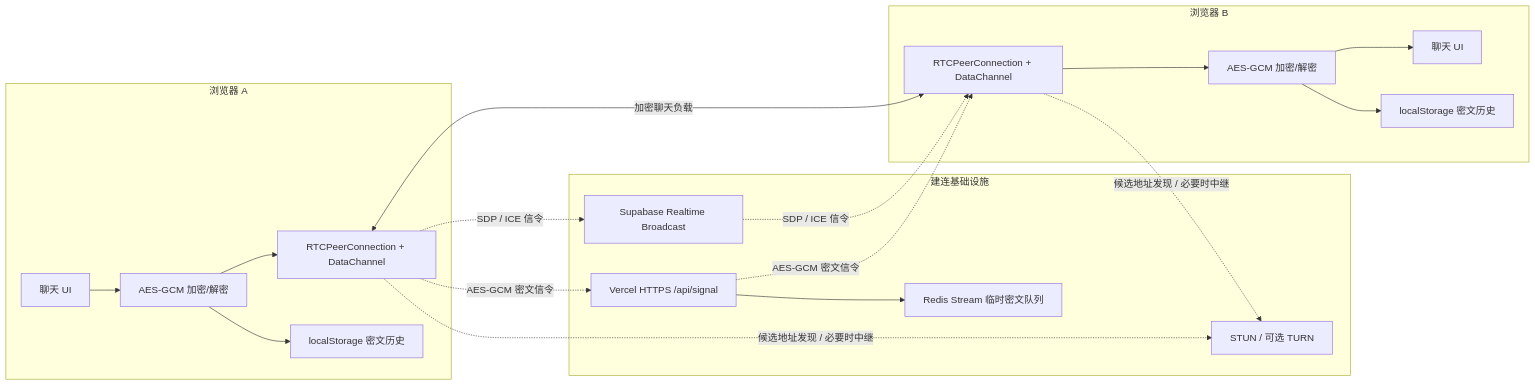
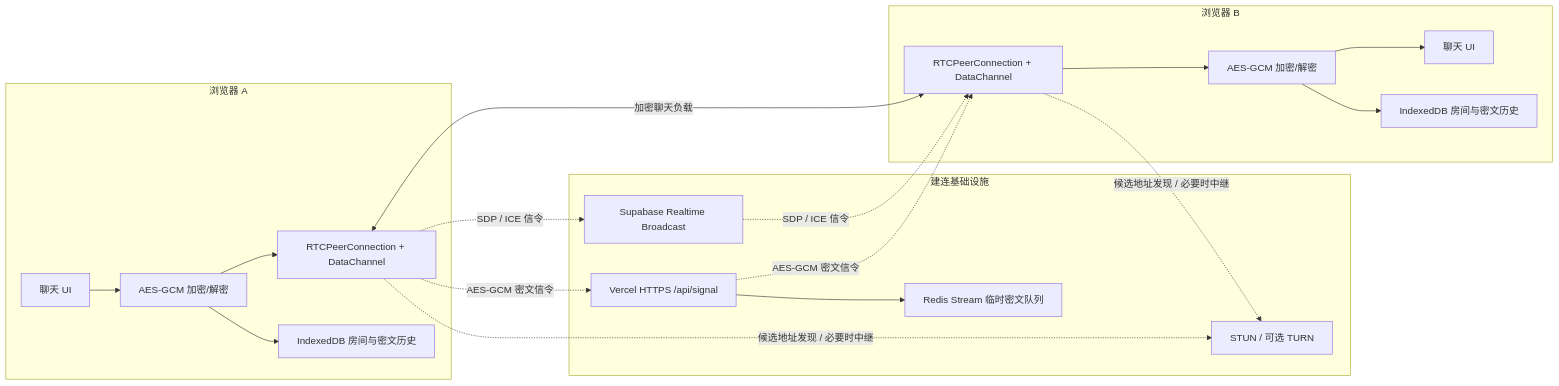
One commit to MarcWebber/p2p-chat changed the first of 2 diagrams in docs/architecture.md. Above: the diagram before and after it, drawn with Mermaid. The commit also changed other lines of this file and 21 other files, not shown here.

````diff
--- a/docs/architecture.md
+++ b/docs/architecture.md
@@ -9,38 +9,38 @@
 ```mermaid
 flowchart LR
   subgraph A["浏览器 A"]
     AUI["聊天 UI"]
     AC["AES-GCM 加密/解密"]
     AP["RTCPeerConnection + DataChannel"]
-    AL["localStorage 密文历史"]
+    AL["IndexedDB 房间与密文历史"]
     AUI --> AC
     AC --> AP
     AC --> AL
   end
 
   subgraph S["建连基础设施"]
     SB["Supabase Realtime Broadcast"]
     VH["Vercel HTTPS /api/signal"]
     RS["Redis Stream 临时密文队列"]
     ICE["STUN / 可选 TURN"]
     VH --> RS
   end
 
   subgraph B["浏览器 B"]
     BP["RTCPeerConnection + DataChannel"]
     BC["AES-GCM 加密/解密"]
     BUI["聊天 UI"]
-    BL["localStorage 密文历史"]
+    BL["IndexedDB 房间与密文历史"]
     BP --> BC
     BC --> BUI
     BC --> BL
   end
 
   AP <-->|"加密聊天负载"| BP
   AP -. "SDP / ICE 信令" .-> SB
   SB -. "SDP / ICE 信令" .-> BP
   AP -. "AES-GCM 密文信令" .-> VH
   VH -. "AES-GCM 密文信令" .-> BP
   AP -. "候选地址发现 / 必要时中继" .-> ICE
   BP -. "候选地址发现 / 必要时中继" .-> ICE
 ```
````
